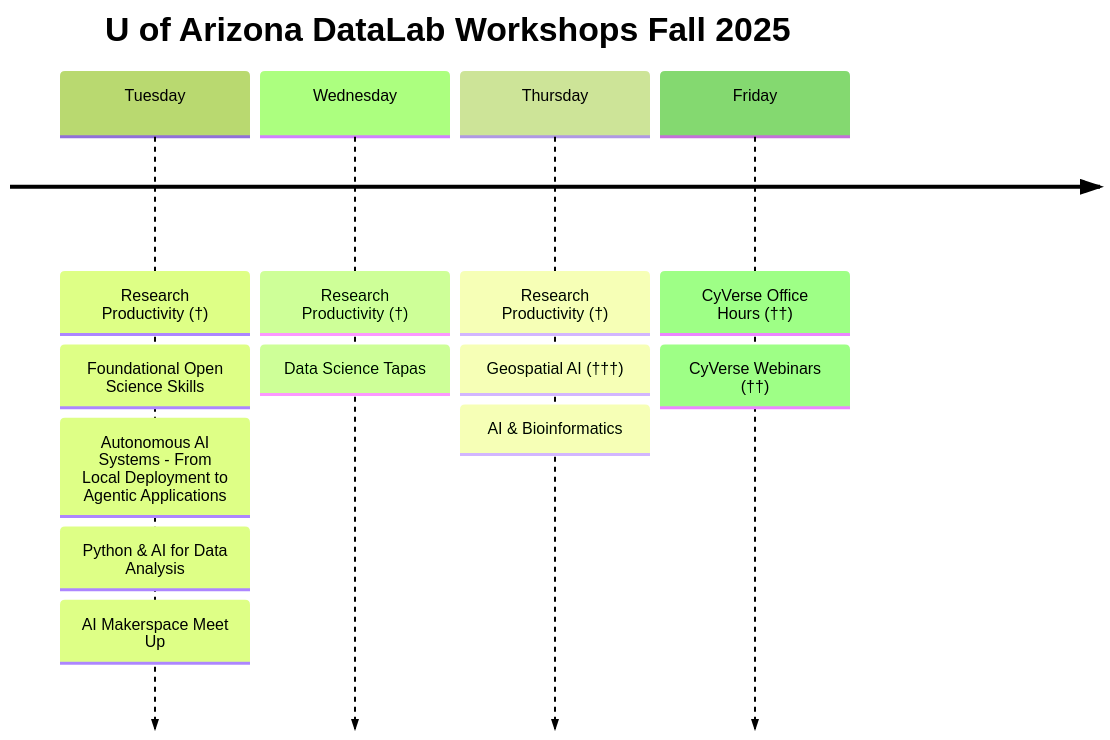
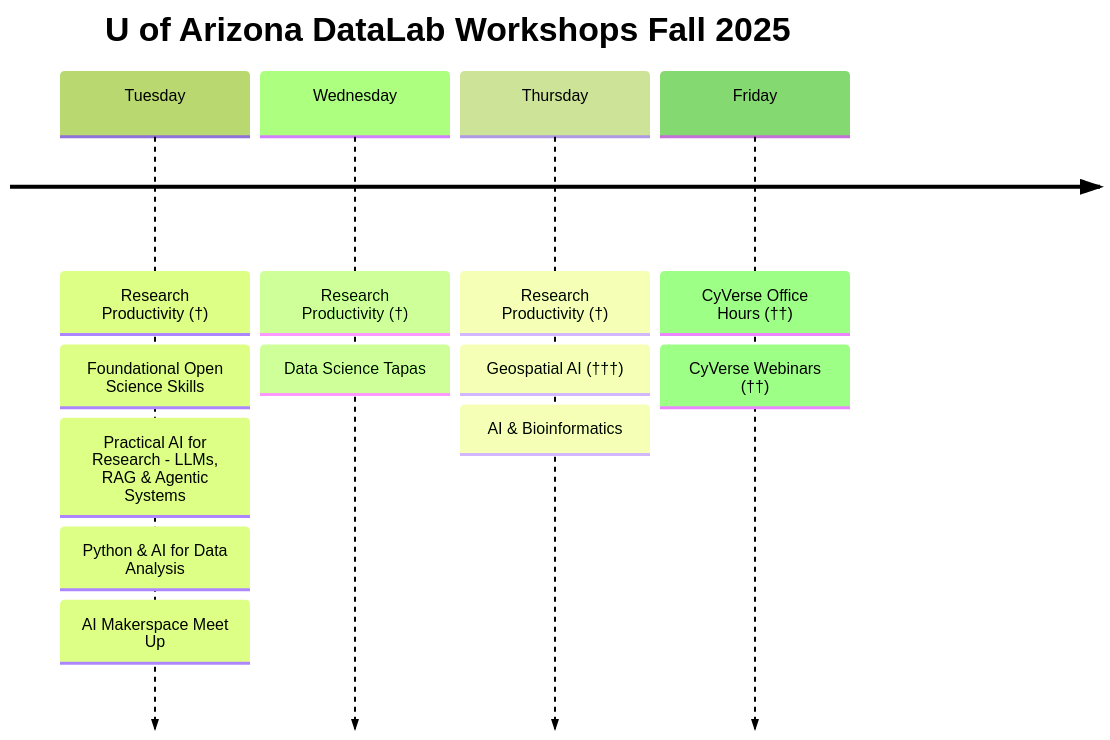
Before and after one commit to ua-datalab/ua-datalab.github.io: the diagram in docs/index.md, drawn with Mermaid. The commit also changed other lines of this file, not shown here.

````diff
--- a/docs/index.md
+++ b/docs/index.md
@@ -31,17 +31,17 @@
 ```mermaid
 %%{init: { 'logLevel': 'debug', 'theme': 'forest' } }%%
 timeline
     title U of Arizona DataLab Workshops Fall 2025
     Tuesday : Research Productivity (†)
             : Foundational Open Science Skills
-            : Autonomous AI Systems - From Local Deployment to Agentic Applications	   
+            : Practical AI for Research -  LLMs, RAG & Agentic Systems
 	    : Python & AI for Data Analysis
 	    : AI Makerspace Meet Up
     Wednesday : Research Productivity (†)
 	    : Data Science Tapas
     Thursday : Research Productivity (†)
              : Geospatial AI (†††)
     	     : AI & Bioinformatics 
     Friday : CyVerse Office Hours (††)
     	   : CyVerse Webinars (††)
 ```
````
